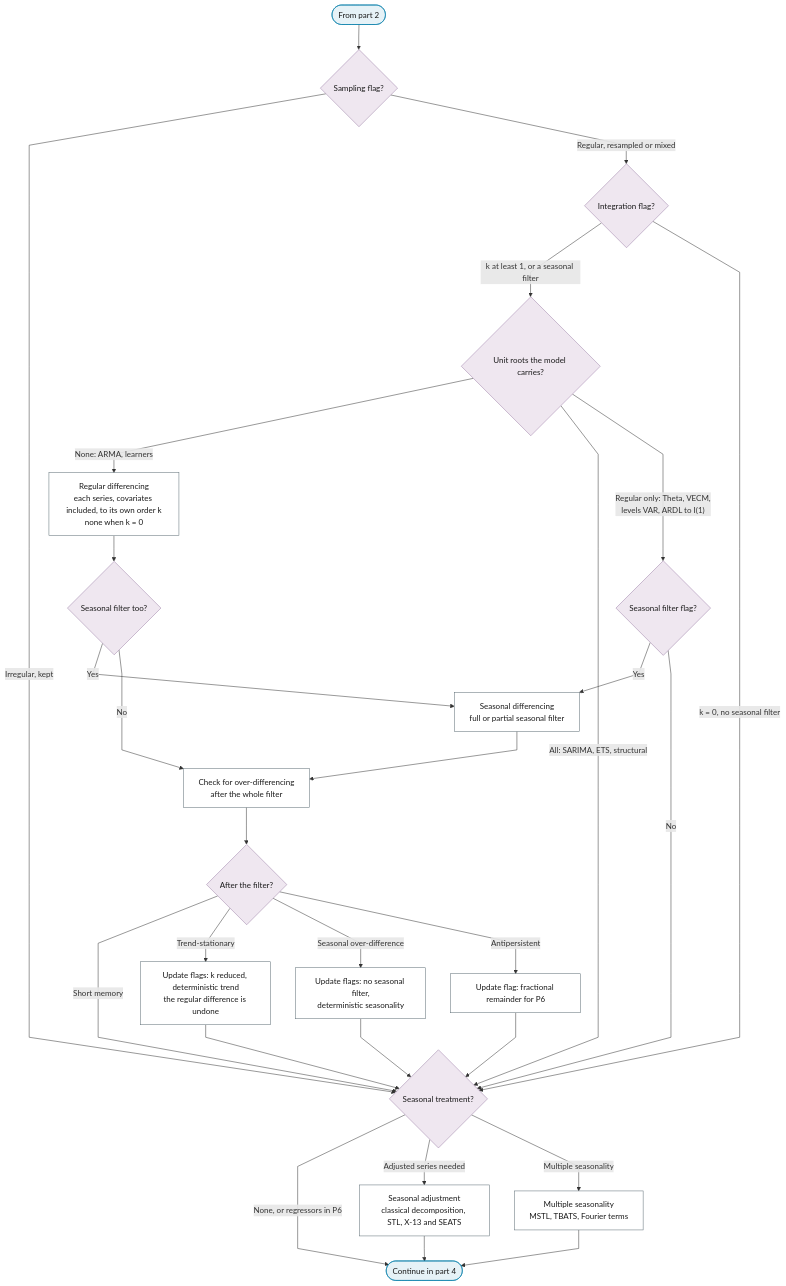
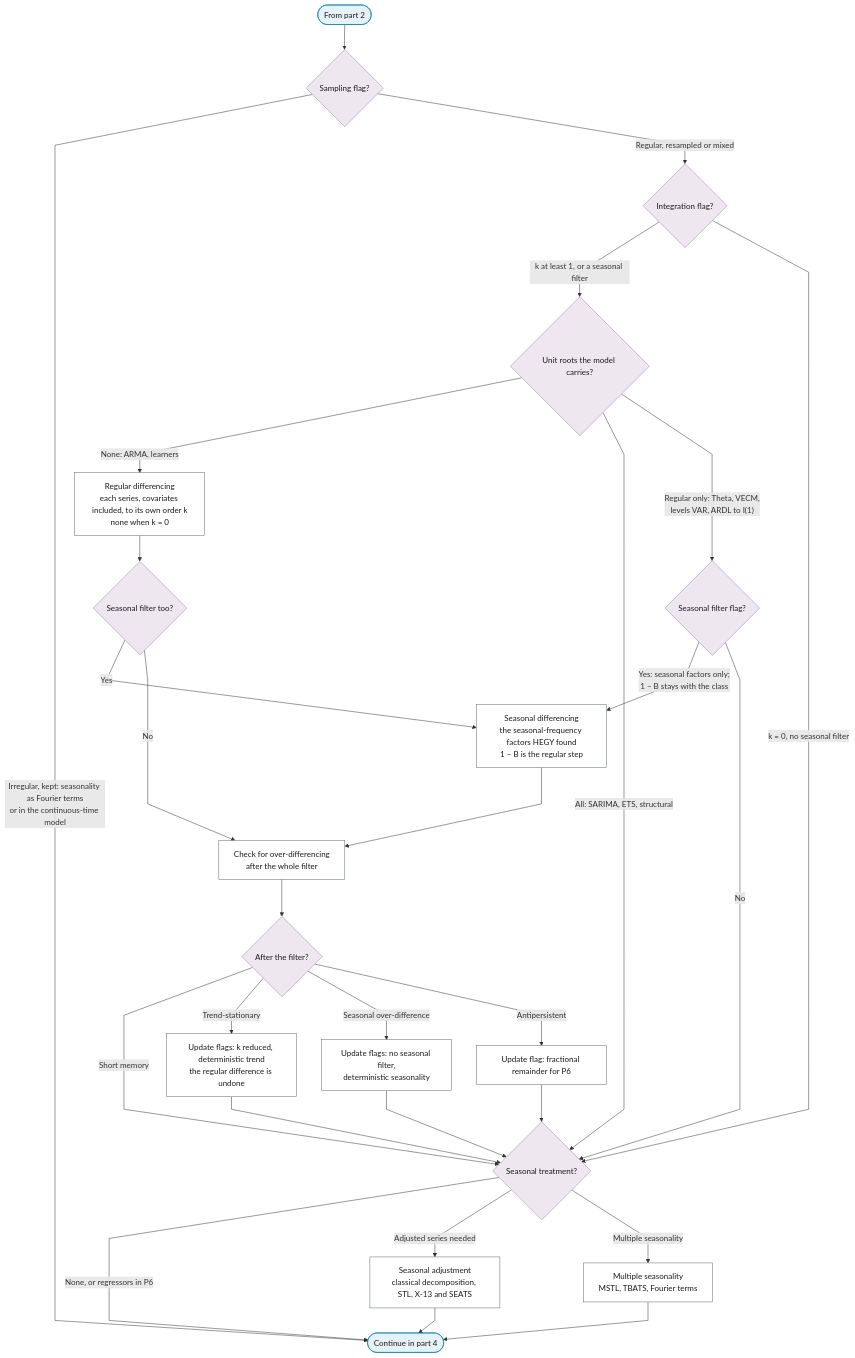
One commit to Shuxin-Y/time-series-analysis-manual changed the third of 6 diagrams in docs/01-workflow/p04-transformations.md. Above: the diagram before and after it, drawn with Mermaid. The commit also changed other lines of this file and 12 other files, not shown here.

````diff
--- a/docs/01-workflow/p04-transformations.md
+++ b/docs/01-workflow/p04-transformations.md
@@ -81,39 +81,39 @@
 ```mermaid
 %%{init: {"flowchart": {"curve": "linear"}}}%%
 graph TD
     P4_PART_3_IN(["From part 2"]) --> P4_GRID{"Sampling flag?"}
-    P4_GRID -->|"Irregular, kept"| P4_SEASON
+    P4_GRID -->|"Irregular, kept: seasonality as Fourier terms<br/>or in the continuous-time model"| P4_PART_3_OUT
     P4_GRID -->|"Regular, resampled or mixed"| P4_INTEGRATION{"Integration flag?"}
     P4_INTEGRATION -->|"k at least 1, or a seasonal filter"| P4_CLASS{"Unit roots the model carries?"}
     P4_CLASS -->|"None: ARMA, learners"| P4_DIFFERENCE["Regular differencing<br/>each series, covariates included, to its own order k<br/>none when k = 0"]
     P4_CLASS -->|"All: SARIMA, ETS, structural"| P4_SEASON
     P4_CLASS -->|"Regular only: Theta, VECM,<br/>levels VAR, ARDL to I(1)"| P4_CARRIED_SEASONAL{"Seasonal filter flag?"}
-    P4_CARRIED_SEASONAL -->|"Yes"| P4_SEASONAL_DIFFERENCE
+    P4_CARRIED_SEASONAL -->|"Yes: seasonal factors only;<br/>1 − B stays with the class"| P4_SEASONAL_DIFFERENCE
     P4_CARRIED_SEASONAL -->|"No"| P4_SEASON
     P4_INTEGRATION -->|"k = 0, no seasonal filter"| P4_SEASON
     P4_DIFFERENCE --> P4_SEASONAL_FILTER{"Seasonal filter too?"}
-    P4_SEASONAL_FILTER -->|"Yes"| P4_SEASONAL_DIFFERENCE["Seasonal differencing<br/>full or partial seasonal filter"]
+    P4_SEASONAL_FILTER -->|"Yes"| P4_SEASONAL_DIFFERENCE["Seasonal differencing<br/>the seasonal-frequency factors HEGY found<br/>1 − B is the regular step"]
     P4_SEASONAL_FILTER -->|"No"| P4_OVERDIFFERENCING
     P4_SEASONAL_DIFFERENCE --> P4_OVERDIFFERENCING["Check for over-differencing<br/>after the whole filter"]
     P4_OVERDIFFERENCING --> P4_DIFF_VERDICT{"After the filter?"}
     P4_DIFF_VERDICT -->|"Short memory"| P4_SEASON
     P4_DIFF_VERDICT -->|"Trend-stationary"| P4_TREND_FLAG["Update flags: k reduced, deterministic trend<br/>the regular difference is undone"]
     P4_DIFF_VERDICT -->|"Seasonal over-difference"| P4_SEASON_FLAG["Update flags: no seasonal filter,<br/>deterministic seasonality"]
     P4_DIFF_VERDICT -->|"Antipersistent"| P4_FRACTIONAL_FLAG["Update flag: fractional remainder for P6"]
     P4_TREND_FLAG & P4_SEASON_FLAG & P4_FRACTIONAL_FLAG --> P4_SEASON{"Seasonal treatment?"}
     P4_SEASON -->|"None, or regressors in P6"| P4_PART_3_OUT(["Continue in part 4"])
     P4_SEASON -->|"Adjusted series needed"| P4_SEASONAL_ADJUSTMENT["Seasonal adjustment<br/>classical decomposition, STL, X-13 and SEATS"]
     P4_SEASON -->|"Multiple seasonality"| P4_MULTIPLE_SEASONALITY["Multiple seasonality<br/>MSTL, TBATS, Fourier terms"]
     P4_SEASONAL_ADJUSTMENT & P4_MULTIPLE_SEASONALITY --> P4_PART_3_OUT
     class P4_PART_3_IN,P4_PART_3_OUT terminator
     class P4_GRID,P4_INTEGRATION,P4_CLASS,P4_CARRIED_SEASONAL,P4_SEASONAL_FILTER,P4_DIFF_VERDICT,P4_SEASON decision
     class P4_DIFFERENCE,P4_SEASONAL_DIFFERENCE,P4_OVERDIFFERENCING,P4_TREND_FLAG,P4_SEASON_FLAG,P4_FRACTIONAL_FLAG,P4_SEASONAL_ADJUSTMENT,P4_MULTIPLE_SEASONALITY process
     classDef terminator fill:#E6F2F7,stroke:#007BA7,color:#1A1A1A;
     classDef process fill:#FFFFFF,stroke:#5A6B73,color:#1A1A1A;
     classDef decision fill:#EFE7F0,stroke:#9B7FA7,color:#1A1A1A;
     classDef data fill:#FFF4E0,stroke:#C9A55E,color:#1A1A1A;
     classDef good fill:#DCEFD8,stroke:#4A7A3F,color:#1A1A1A;
     classDef escalate fill:#FFE9C2,stroke:#C9A55E,color:#1A1A1A;
     classDef problem fill:#F2D9DE,stroke:#800020,color:#1A1A1A;
     classDef ref fill:#F7F7F7,stroke:#5A6B73,color:#1A1A1A,stroke-dasharray:4 3;
 ```
````
